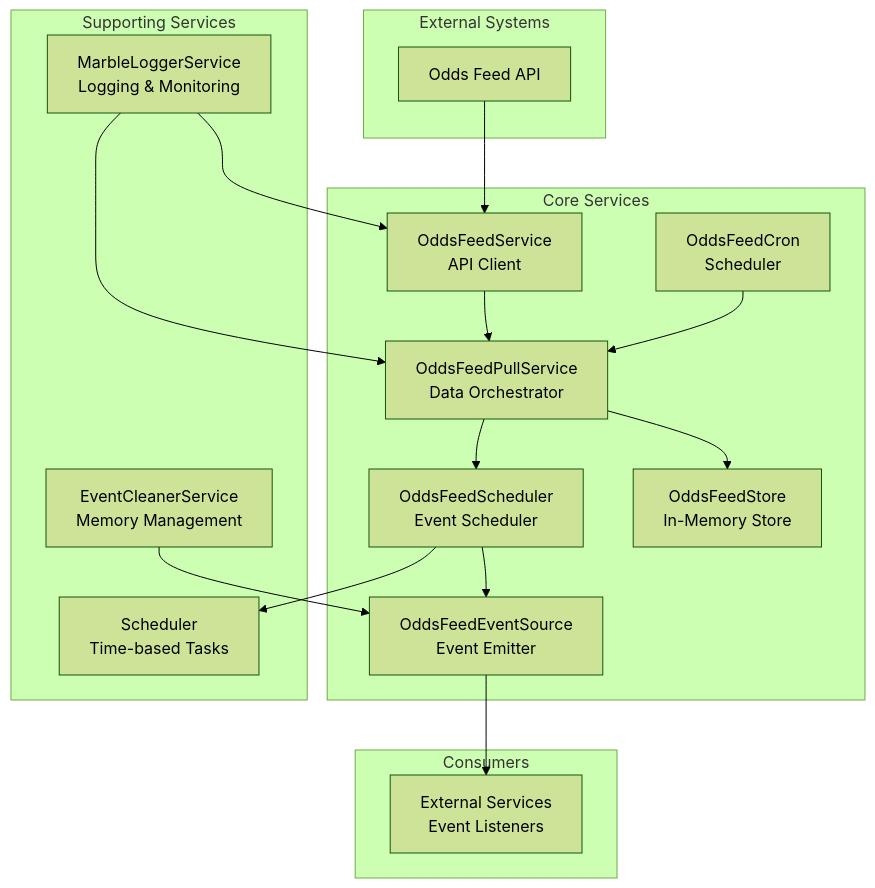
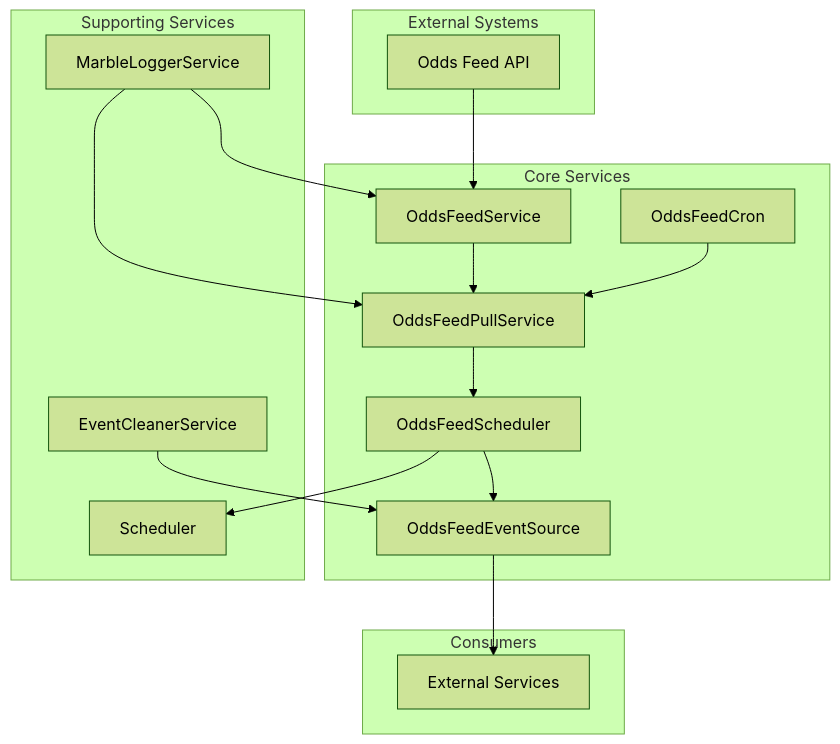
Before and after one commit to starixvn/l1_marble-games_odds-feed-client: the first of 3 diagrams in README.md, drawn with Mermaid (forest theme). The commit also changed other lines of this file and 25 other files, not shown here.

````diff
--- a/README.md
+++ b/README.md
@@ -19,37 +208,35 @@
 ```mermaid
 graph TB
     subgraph "External Systems"
         API[Odds Feed API]
     end
 
     subgraph "Core Services"
-        OS[OddsFeedService<br/>API Client]
-        PS[OddsFeedPullService<br/>Data Orchestrator]
-        CR[OddsFeedCron<br/>Scheduler]
-        SC[OddsFeedScheduler<br/>Event Scheduler]
-        ST[OddsFeedStore<br/>In-Memory Store]
-        ES[OddsFeedEventSource<br/>Event Emitter]
+        OS[OddsFeedService]
+        PS[OddsFeedPullService]
+        CR[OddsFeedCron]
+        SC[OddsFeedScheduler]
+        ES[OddsFeedEventSource]
     end
 
     subgraph "Supporting Services"
-        CL[EventCleanerService<br/>Memory Management]
-        ML[MarbleLoggerService<br/>Logging & Monitoring]
-        SCH[Scheduler<br/>Time-based Tasks]
+        CL[EventCleanerService]
+        ML[MarbleLoggerService]
+        SCH[Scheduler]
     end
 
     subgraph "Consumers"
-        EXT[External Services<br/>Event Listeners]
+        EXT[External Services]
     end
 
     API --> OS
     OS --> PS
     CR --> PS
-    PS --> ST
     PS --> SC
     SC --> ES
     SC --> SCH
     ES --> EXT
     CL --> ES
     ML --> OS
     ML --> PS
 ```
````
